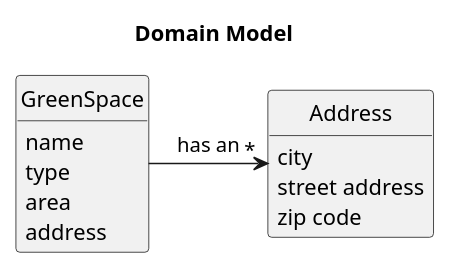
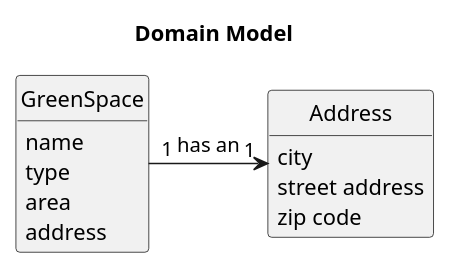
Before and after one commit to RicardoMorim/lapr2-ISEP-Project: the diagram in docs/sprintC/us020/02.analysis/puml/020-domain-model.puml, drawn with PlantUML. The commit also changed 19 other files, not shown here.

```diff
--- a/docs/sprintC/us020/02.analysis/puml/020-domain-model.puml
+++ b/docs/sprintC/us020/02.analysis/puml/020-domain-model.puml
@@ -1,24 +1,24 @@
 @startuml
 
 'left to right direction
 
 title Domain Model
 
 hide methods
 hide circle
 
 class GreenSpace {
         name
         type
         area
         address
 }
 class Address {
         city
         street address
         zip code
 }
 
-GreenSpace -> "*"Address : has an
+GreenSpace"1" -> "1"Address : has an
 
 @enduml
```
